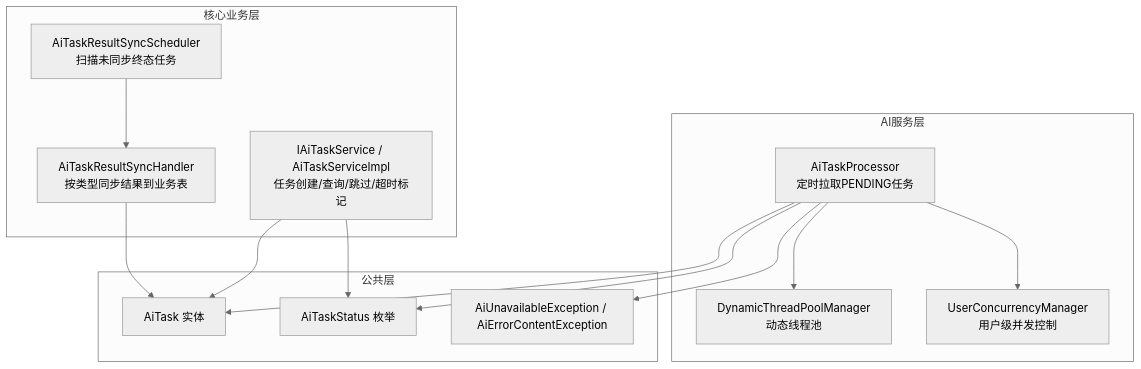
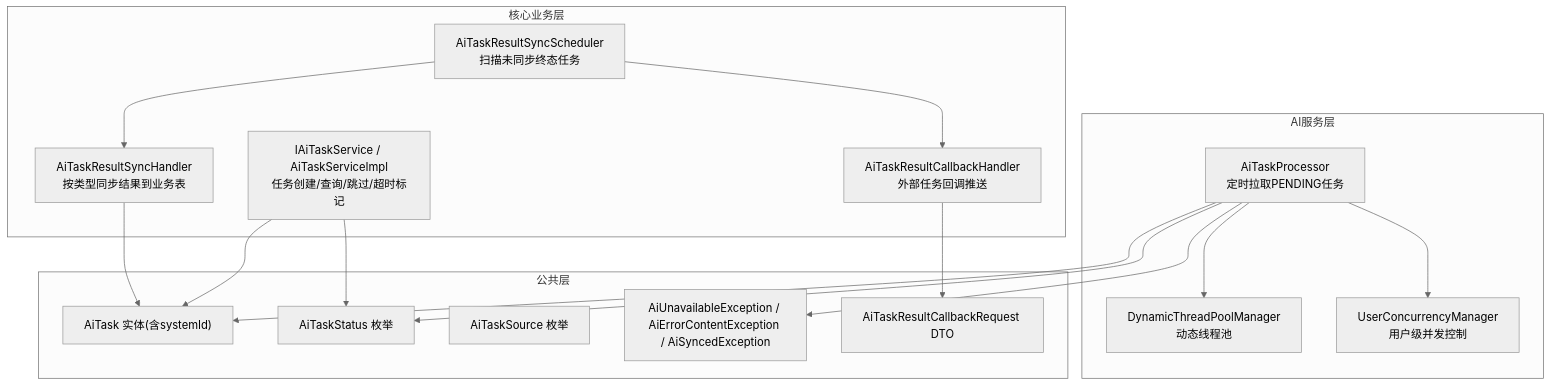
Before and after one commit to DrunkFood/First: the first of 10 diagrams in .qoder/repowiki/zh/content/后端服务/AI处理服务 (ele-ai-tender-ai)/异步任务处理与线程池管理/AI任务生命周期管理.md, drawn with Mermaid (neutral theme). The commit also changed other lines of this file and 58 other files, not shown here.

````diff
--- a/.qoder/repowiki/zh/content/后端服务/AI处理服务 (ele-ai-tender-ai)/异步任务处理与线程池管理/AI任务生命周期管理.md
+++ b/.qoder/repowiki/zh/content/后端服务/AI处理服务 (ele-ai-tender-ai)/异步任务处理与线程池管理/AI任务生命周期管理.md
@@ -42,27 +53,32 @@
 ```mermaid
 graph TB
 subgraph "AI服务层"
 A["AiTaskProcessor<br/>定时拉取PENDING任务"]
 B["DynamicThreadPoolManager<br/>动态线程池"]
 C["UserConcurrencyManager<br/>用户级并发控制"]
 end
 subgraph "核心业务层"
 D["IAiTaskService / AiTaskServiceImpl<br/>任务创建/查询/跳过/超时标记"]
 E["AiTaskResultSyncScheduler<br/>扫描未同步终态任务"]
 F["AiTaskResultSyncHandler<br/>按类型同步结果到业务表"]
+G["AiTaskResultCallbackHandler<br/>外部任务回调推送"]
 end
 subgraph "公共层"
-G["AiTask 实体"]
-H["AiTaskStatus 枚举"]
-I["AiUnavailableException / AiErrorContentException"]
+H["AiTask 实体(含systemId)"]
+I["AiTaskStatus 枚举"]
+J["AiTaskSource 枚举"]
+K["AiUnavailableException / AiErrorContentException / AiSyncedException"]
+L["AiTaskResultCallbackRequest DTO"]
 end
 A --> B
 A --> C
-A --> G
 A --> H
 A --> I
-D --> G
+A --> K
 D --> H
+D --> I
 E --> F
-F --> G
+E --> G
+F --> H
+G --> L
 ```
````
